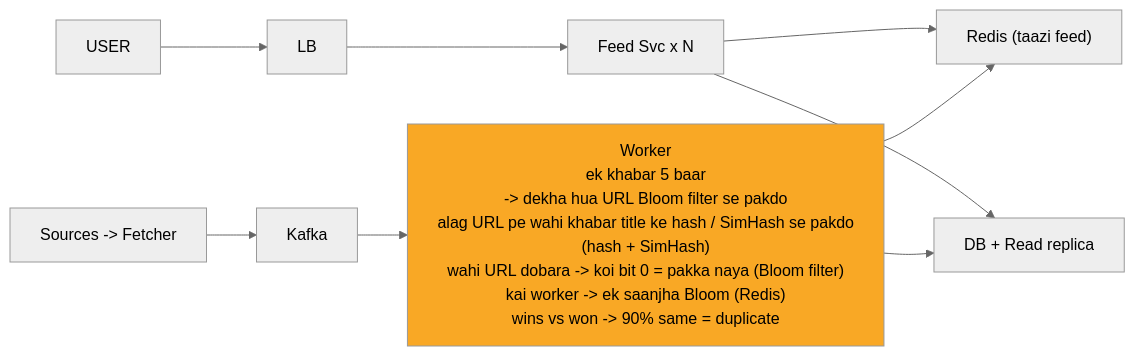
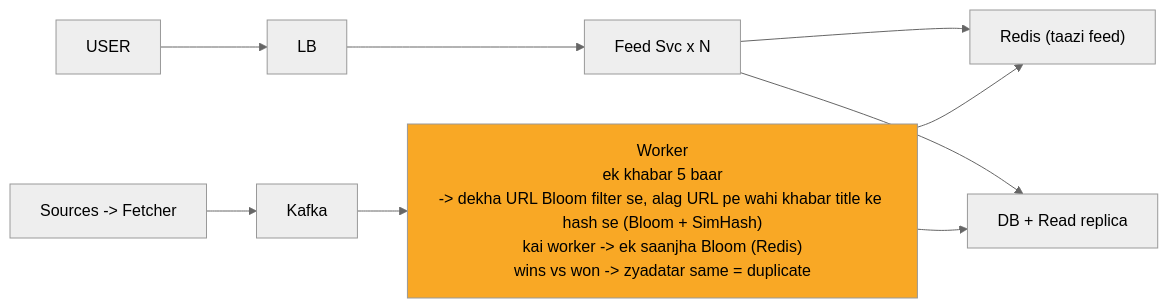
Before and after one commit to ArpanMaheshwari144/Prep: the diagram in 04_HLD/SYSTEM_DESIGNS/08_news_aggregator/img/c4.mmd, drawn with Mermaid (neutral theme). The commit also changed 39 other files, not shown here.

```diff
--- a/04_HLD/SYSTEM_DESIGNS/08_news_aggregator/img/c4.mmd
+++ b/04_HLD/SYSTEM_DESIGNS/08_news_aggregator/img/c4.mmd
@@ -1,19 +1,19 @@
 %%{init: {"flowchart": {"wrappingWidth": 450}}}%%
 flowchart LR
     n_USER["USER"]
     n_LB["LB"]
     n_Feed_Svc_xN["Feed Svc x N"]
     n_Redis["Redis (taazi feed)"]
     n_DBR["DB + Read replica"]
-    n_Worker["Worker<br/>ek khabar 5 baar<br/>-> dekha hua URL Bloom filter se pakdo<br/>alag URL pe wahi khabar title ke hash / SimHash se pakdo<br/>(hash + SimHash)<br/>wahi URL dobara -> koi bit 0 = pakka naya (Bloom filter)<br/>kai worker -> ek saanjha Bloom (Redis)<br/>wins vs won -> 90% same = duplicate"]
+    n_Worker["Worker<br/>ek khabar 5 baar<br/>-> dekha URL Bloom filter se, alag URL pe wahi khabar title ke hash se (Bloom + SimHash)<br/>kai worker -> ek saanjha Bloom (Redis)<br/>wins vs won -> zyadatar same = duplicate"]
     n_Kafka["Kafka"]
     n_SF["Sources -> Fetcher"]
     n_USER --> n_LB
     n_LB --> n_Feed_Svc_xN
     n_Feed_Svc_xN --> n_Redis
     n_Feed_Svc_xN --> n_DBR
     n_Worker --> n_DBR
     n_Worker --> n_Redis
     n_Kafka --> n_Worker
     n_SF --> n_Kafka
     style n_Worker fill:#f9a825,color:#000
```
